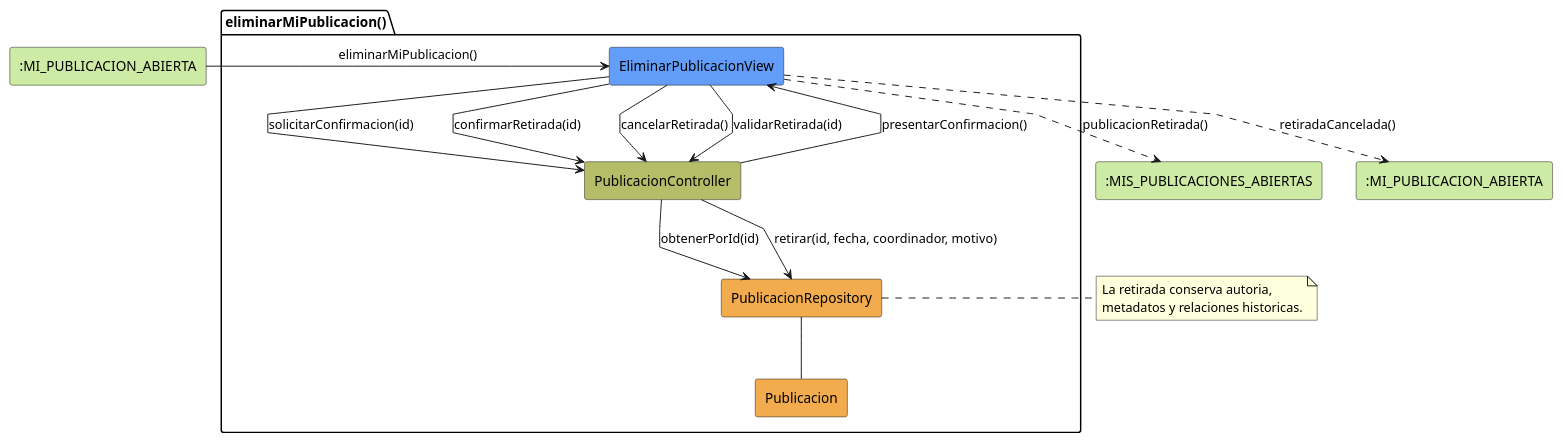
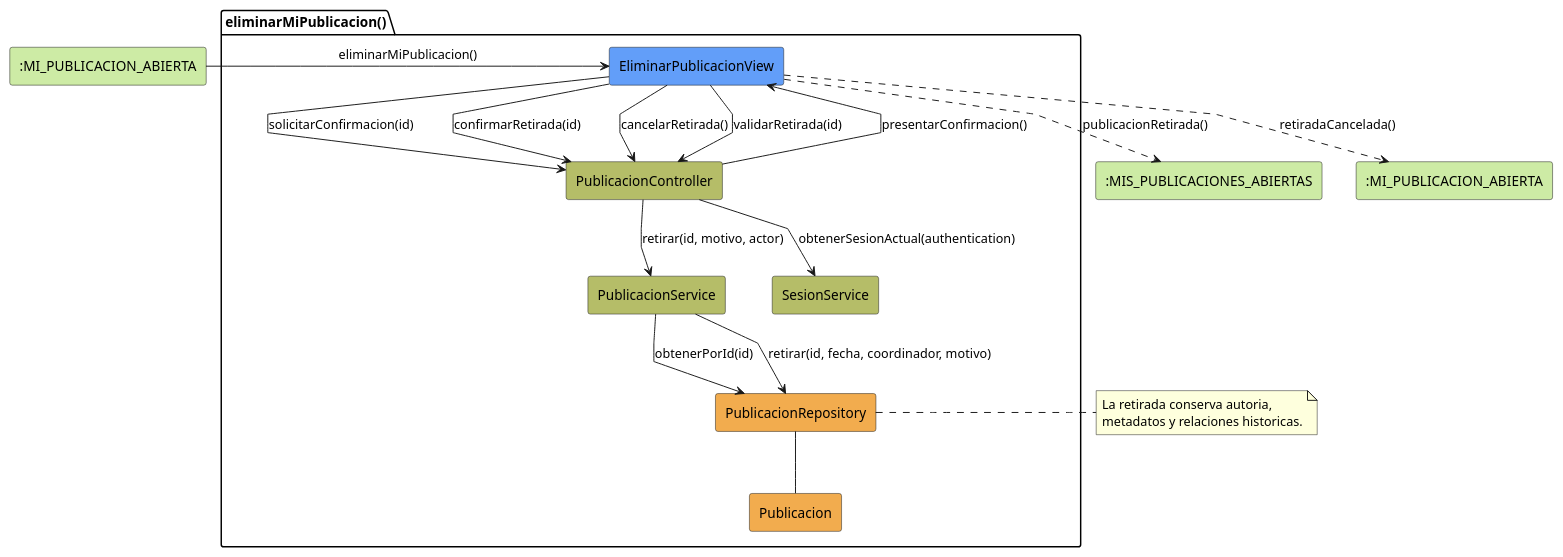
The diagram in RUP/01-analisis/casos-uso/coordinador/eliminarMiPublicacion/colaboracion.puml (beatriizorozco/25-26-idsw2-sdVC), drawn with PlantUML before and after one commit. The commit also changed 71 other files, not shown here.

```diff
--- a/RUP/01-analisis/casos-uso/coordinador/eliminarMiPublicacion/colaboracion.puml
+++ b/RUP/01-analisis/casos-uso/coordinador/eliminarMiPublicacion/colaboracion.puml
@@ -1,34 +1,38 @@
 @startuml eliminarMiPublicacion-analisis
 skinparam linetype polyline
 
 rectangle #CDEBA5 ":MI_PUBLICACION_ABIERTA" as EstadoEntrada
 package eliminarMiPublicacion as "eliminarMiPublicacion()" {
     rectangle #629EF9 EliminarPublicacionView
     rectangle #b5bd68 PublicacionController
+    rectangle #b5bd68 PublicacionService
+    rectangle #b5bd68 SesionService
     rectangle #F2AC4E PublicacionRepository
     rectangle #F2AC4E Publicacion
 }
 
 rectangle #CDEBA5 ":MIS_PUBLICACIONES_ABIERTAS" as EstadoSalidaExitosa
 rectangle #CDEBA5 ":MI_PUBLICACION_ABIERTA" as EstadoSalidaCancelada
 
 
 EstadoEntrada -r-> EliminarPublicacionView: eliminarMiPublicacion()
 
 EliminarPublicacionView -d-> PublicacionController: solicitarConfirmacion(id)
 PublicacionController --> EliminarPublicacionView: presentarConfirmacion()
 EliminarPublicacionView --> PublicacionController: confirmarRetirada(id)
 EliminarPublicacionView --> PublicacionController: cancelarRetirada()
 EliminarPublicacionView --> PublicacionController: validarRetirada(id)
-PublicacionController --> PublicacionRepository: obtenerPorId(id)
-PublicacionController --> PublicacionRepository: retirar(id, fecha, coordinador, motivo)
+PublicacionController --> SesionService: obtenerSesionActual(authentication)
+PublicacionController --> PublicacionService: retirar(id, motivo, actor)
+PublicacionService --> PublicacionRepository: obtenerPorId(id)
+PublicacionService --> PublicacionRepository: retirar(id, fecha, coordinador, motivo)
 PublicacionRepository -- Publicacion
 note right of PublicacionRepository
 La retirada conserva autoria,
 metadatos y relaciones historicas.
 end note
 EliminarPublicacionView ..> EstadoSalidaExitosa: publicacionRetirada()
 EliminarPublicacionView ..> EstadoSalidaCancelada: retiradaCancelada()
 
 
 @enduml
```
